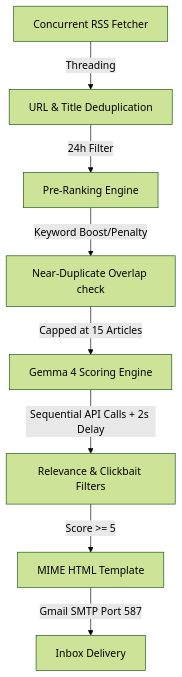
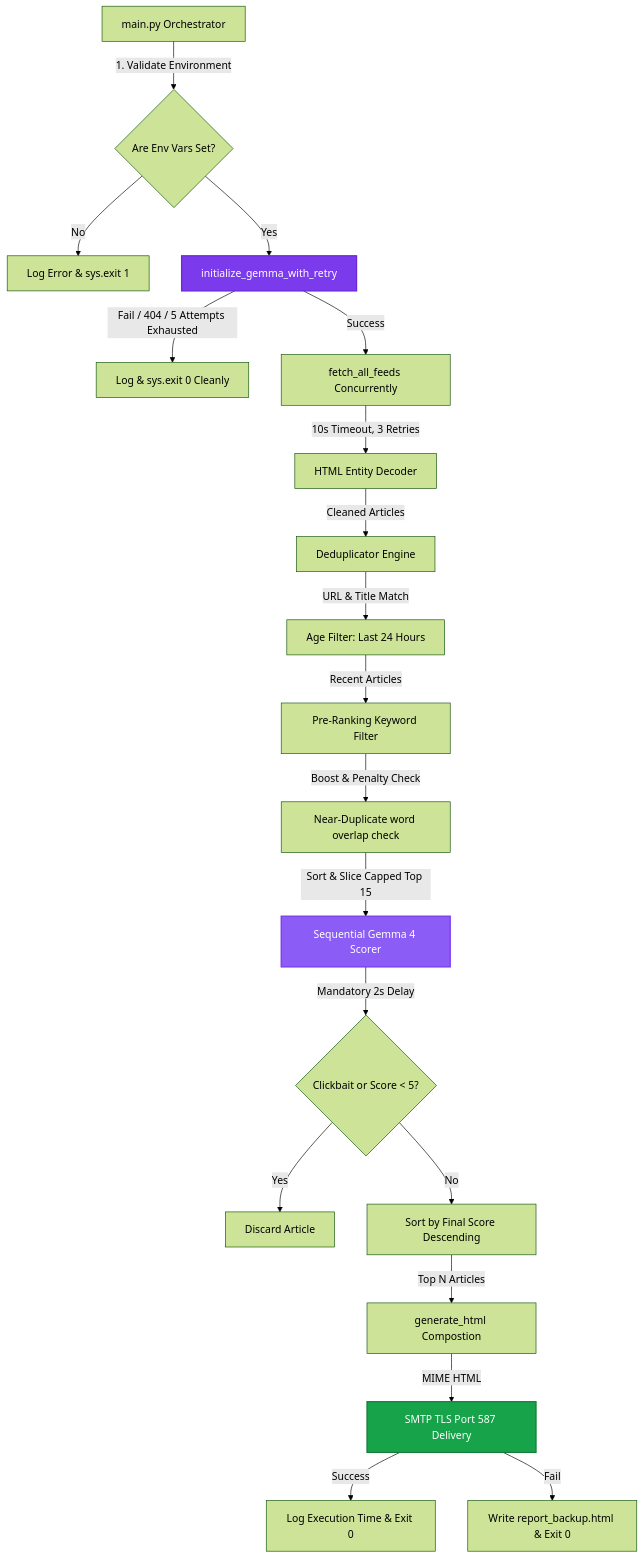
The diagram in README.md (basavarajpatil660/daily-news-hunter), drawn with Mermaid (forest theme) before and after one commit. The commit also changed other lines of this file, not shown here.

Commit message:
Optimize README.md to elite standard with comprehensive system architecture and mathematical scoring models

````diff
--- a/README.md
+++ b/README.md
@@ -76,10 +37,32 @@
 ```mermaid
 graph TD
-    A[Concurrent RSS Fetcher] -->|Threading| B[URL & Title Deduplication]
-    B -->|24h Filter| C[Pre-Ranking Engine]
-    C -->|Keyword Boost/Penalty| D[Near-Duplicate Overlap check]
-    D -->|Capped at 15 Articles| E[Gemma 4 Scoring Engine]
-    E -->|Sequential API Calls + 2s Delay| F[Relevance & Clickbait Filters]
-    F -->|Score >= 5| G[MIME HTML Template]
-    G -->|Gmail SMTP Port 587| H[Inbox Delivery]
+    A[main.py Orchestrator] -->|1. Validate Environment| B{Are Env Vars Set?}
+    B -->|No| C[Log Error & sys.exit 1]
+    B -->|Yes| D[initialize_gemma_with_retry]
+    
+    D -->|Fail / 404 / 5 Attempts Exhausted| E[Log & sys.exit 0 Cleanly]
+    D -->|Success| F[fetch_all_feeds Concurrently]
+    
+    F -->|10s Timeout, 3 Retries| G[HTML Entity Decoder]
+    G -->|Cleaned Articles| H[Deduplicator Engine]
+    
+    H -->|URL & Title Match| I[Age Filter: Last 24 Hours]
+    I -->|Recent Articles| J[Pre-Ranking Keyword Filter]
+    J -->|Boost & Penalty Check| K[Near-Duplicate word overlap check]
+    
+    K -->|Sort & Slice Capped Top 15| L[Sequential Gemma 4 Scorer]
+    L -->|Mandatory 2s Delay| M{Clickbait or Score < 5?}
+    
+    M -->|Yes| N[Discard Article]
+    M -->|No| O[Sort by Final Score Descending]
+    
+    O -->|Top N Articles| P[generate_html Compostion]
+    P -->|MIME HTML| Q[SMTP TLS Port 587 Delivery]
+    
+    Q -->|Success| R[Log Execution Time & Exit 0]
+    Q -->|Fail| S[Write report_backup.html & Exit 0]
+
+    style D fill:#7c3aed,stroke:#6d28d9,stroke-width:2px,color:#fff
+    style L fill:#8b5cf6,stroke:#7c3aed,stroke-width:2px,color:#fff
+    style Q fill:#16a34a,stroke:#15803d,stroke-width:2px,color:#fff
 ```
````
